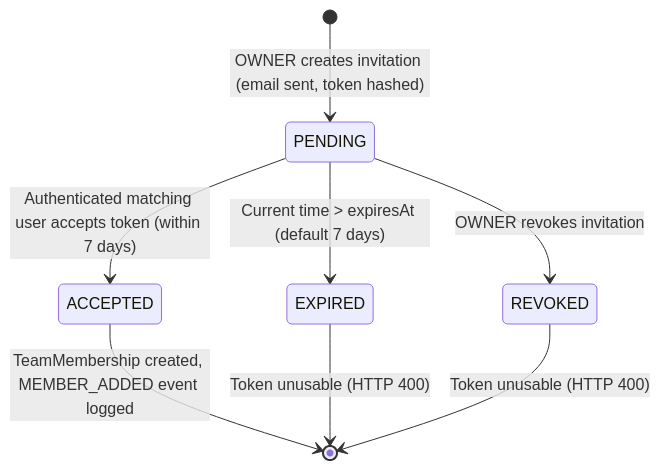
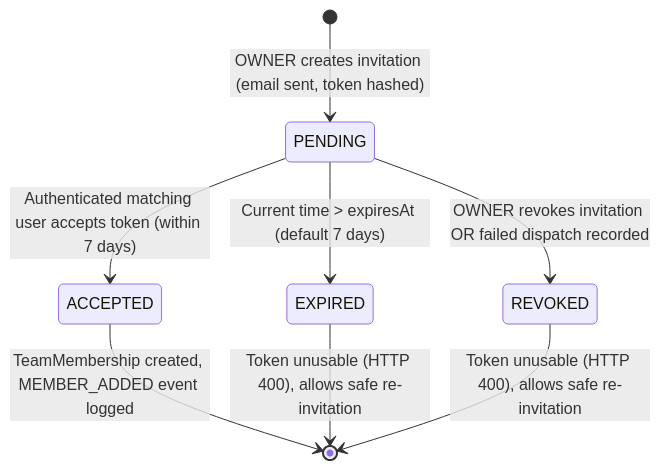
One commit to Bellonaire1/rota-mobile changed the diagram in docs/evidence/team-invitations-backend-evidence.md. Above: the diagram before and after it, drawn with Mermaid. The commit also changed other lines of this file and 5 other files, not shown here.

````diff
--- a/docs/evidence/team-invitations-backend-evidence.md
+++ b/docs/evidence/team-invitations-backend-evidence.md
@@ -33,10 +33,10 @@
 ```mermaid
 stateDiagram-v2
     [*] --> PENDING: OWNER creates invitation (email sent, token hashed)
     PENDING --> ACCEPTED: Authenticated matching user accepts token (within 7 days)
     PENDING --> EXPIRED: Current time > expiresAt (default 7 days)
-    PENDING --> REVOKED: OWNER revokes invitation
+    PENDING --> REVOKED: OWNER revokes invitation OR failed dispatch recorded
     ACCEPTED --> [*]: TeamMembership created, MEMBER_ADDED event logged
-    EXPIRED --> [*]: Token unusable (HTTP 400)
-    REVOKED --> [*]: Token unusable (HTTP 400)
+    EXPIRED --> [*]: Token unusable (HTTP 400), allows safe re-invitation
+    REVOKED --> [*]: Token unusable (HTTP 400), allows safe re-invitation
 ```
````
